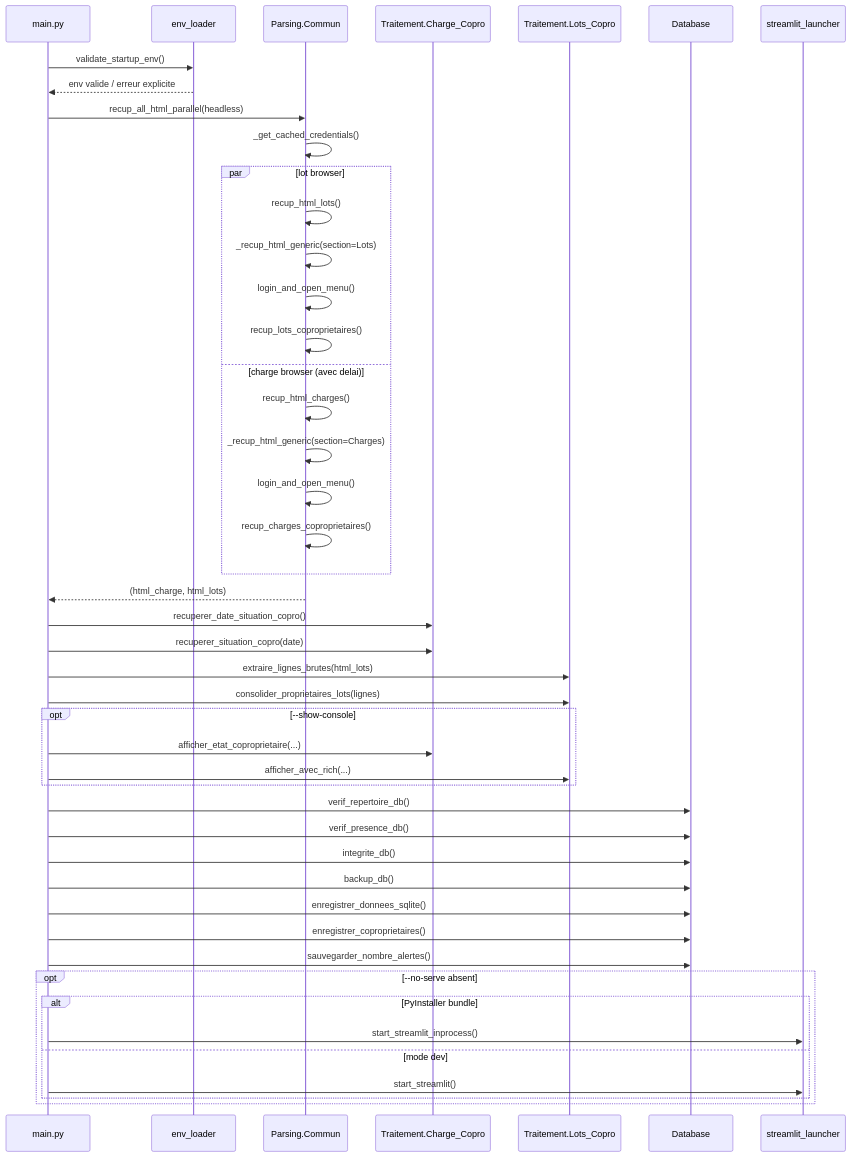
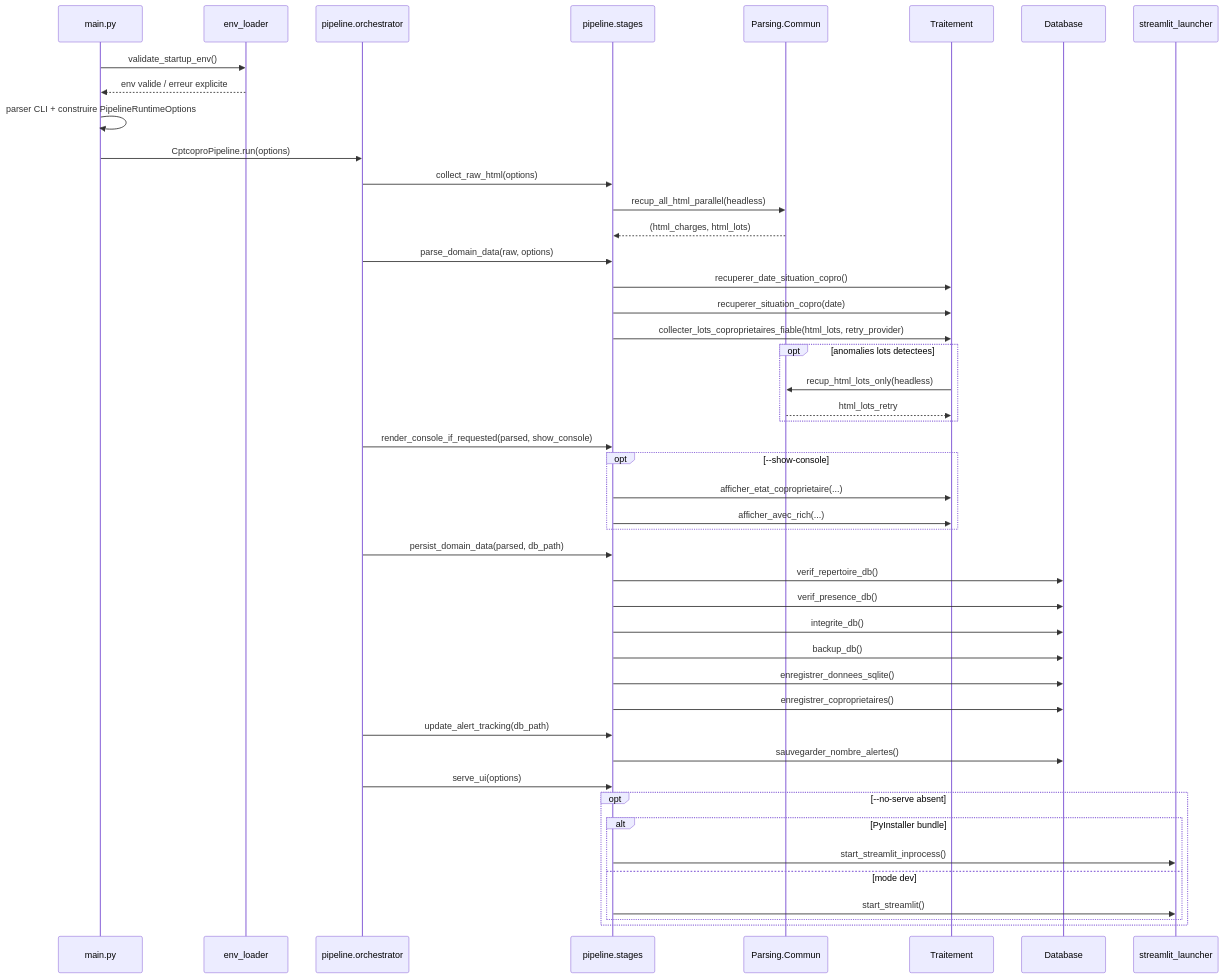
Before and after one commit to therealcorwin/CPTCOPRO: the second of 7 diagrams in reports/call_graph.md, drawn with Mermaid. The commit also changed other lines of this file, not shown here.

Commit message:
feat: Update call graph documentation to reflect pipeline v3 architecture and improve clarity

````diff
--- a/reports/call_graph.md
+++ b/reports/call_graph.md
@@ -90,56 +127,55 @@
 ```mermaid
 sequenceDiagram
     participant M as main.py
     participant E as env_loader
+    participant O as pipeline.orchestrator
+    participant S as pipeline.stages
     participant P as Parsing.Commun
-    participant TC as Traitement.Charge_Copro
-    participant TL as Traitement.Lots_Copro
+    participant T as Traitement
     participant DB as Database
     participant SL as streamlit_launcher
 
     M->>E: validate_startup_env()
     E-->>M: env valide / erreur explicite
+    M->>M: parser CLI + construire PipelineRuntimeOptions
+    M->>O: CptcoproPipeline.run(options)
 
-    M->>P: recup_all_html_parallel(headless)
-    P->>P: _get_cached_credentials()
+    O->>S: collect_raw_html(options)
+    S->>P: recup_all_html_parallel(headless)
+    P-->>S: (html_charges, html_lots)
 
-    par lot browser
-        P->>P: recup_html_lots()
-        P->>P: _recup_html_generic(section=Lots)
-        P->>P: login_and_open_menu()
-        P->>P: recup_lots_coproprietaires()
-    and charge browser (avec delai)
-        P->>P: recup_html_charges()
-        P->>P: _recup_html_generic(section=Charges)
-        P->>P: login_and_open_menu()
-        P->>P: recup_charges_coproprietaires()
+    O->>S: parse_domain_data(raw, options)
+    S->>T: recuperer_date_situation_copro()
+    S->>T: recuperer_situation_copro(date)
+    S->>T: collecter_lots_coproprietaires_fiable(html_lots, retry_provider)
+    opt anomalies lots detectees
+        T->>P: recup_html_lots_only(headless)
+        P-->>T: html_lots_retry
     end
 
-    P-->>M: (html_charge, html_lots)
-
-    M->>TC: recuperer_date_situation_copro()
-    M->>TC: recuperer_situation_copro(date)
-    M->>TL: extraire_lignes_brutes(html_lots)
-    M->>TL: consolider_proprietaires_lots(lignes)
-
+    O->>S: render_console_if_requested(parsed, show_console)
     opt --show-console
-        M->>TC: afficher_etat_coproprietaire(...)
-        M->>TL: afficher_avec_rich(...)
+        S->>T: afficher_etat_coproprietaire(...)
+        S->>T: afficher_avec_rich(...)
     end
 
-    M->>DB: verif_repertoire_db()
-    M->>DB: verif_presence_db()
-    M->>DB: integrite_db()
-    M->>DB: backup_db()
-    M->>DB: enregistrer_donnees_sqlite()
-    M->>DB: enregistrer_coproprietaires()
-    M->>DB: sauvegarder_nombre_alertes()
+    O->>S: persist_domain_data(parsed, db_path)
+    S->>DB: verif_repertoire_db()
+    S->>DB: verif_presence_db()
+    S->>DB: integrite_db()
+    S->>DB: backup_db()
+    S->>DB: enregistrer_donnees_sqlite()
+    S->>DB: enregistrer_coproprietaires()
 
+    O->>S: update_alert_tracking(db_path)
+    S->>DB: sauvegarder_nombre_alertes()
+
+    O->>S: serve_ui(options)
     opt --no-serve absent
         alt PyInstaller bundle
-            M->>SL: start_streamlit_inprocess()
+            S->>SL: start_streamlit_inprocess()
         else mode dev
-            M->>SL: start_streamlit()
+            S->>SL: start_streamlit()
         end
     end
 ```
````
